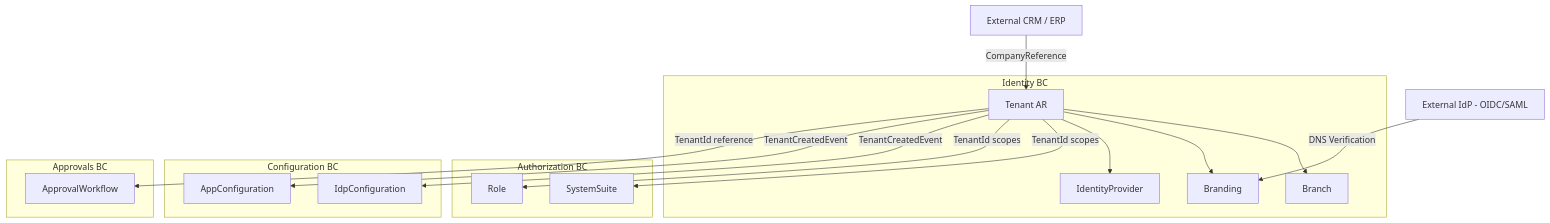
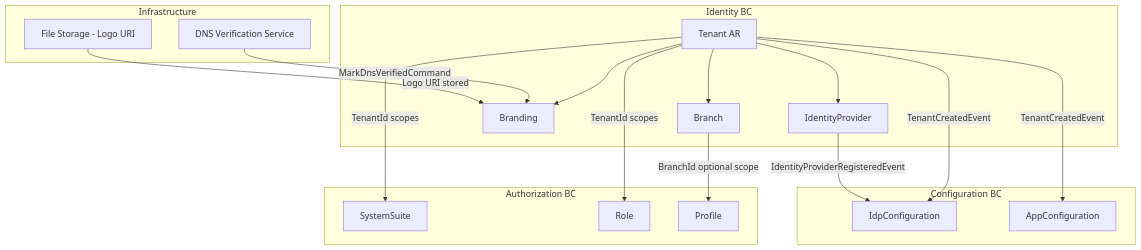
One commit to beyondnetcode/ums changed the sixth of 6 diagrams in docs/domain/identity/tenant.md. Above: the diagram before and after it, drawn with Mermaid. The commit also changed other lines of this file and 19 other files, not shown here.

````diff
--- a/docs/domain/identity/tenant.md
+++ b/docs/domain/identity/tenant.md
@@ -301,35 +321,40 @@
 ```mermaid
 flowchart TD
     subgraph Identity["Identity BC"]
         T[Tenant AR]
         B[Branch]
         BR[Branding]
         IP[IdentityProvider]
         T --> B
         T --> BR
         T --> IP
     end
 
     subgraph Authorization["Authorization BC"]
         SS[SystemSuite]
         ROLE[Role]
+        PROF[Profile]
     end
 
     subgraph Configuration["Configuration BC"]
         IDPC[IdpConfiguration]
         AC[AppConfiguration]
     end
 
-    subgraph Approvals["Approvals BC"]
-        AW[ApprovalWorkflow]
+    subgraph Infrastructure["Infrastructure"]
+        DNS[DNS Verification Service]
+        STORE[File Storage - Logo URI]
     end
 
     T -->|TenantId scopes| SS
     T -->|TenantId scopes| ROLE
     T -->|TenantCreatedEvent| IDPC
     T -->|TenantCreatedEvent| AC
-    T -->|TenantId reference| AW
-
-    EXT[External CRM / ERP] -->|CompanyReference| T
-    AUTH_PROVIDER[External IdP - OIDC/SAML] -->|DNS Verification| BR
+    
+    B -->|BranchId optional scope| PROF
+    
+    IP -->|IdentityProviderRegisteredEvent| IDPC
+    
+    DNS -->|MarkDnsVerifiedCommand| BR
+    STORE -->|Logo URI stored| BR
 ```
````
